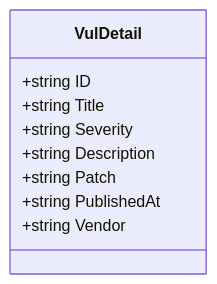
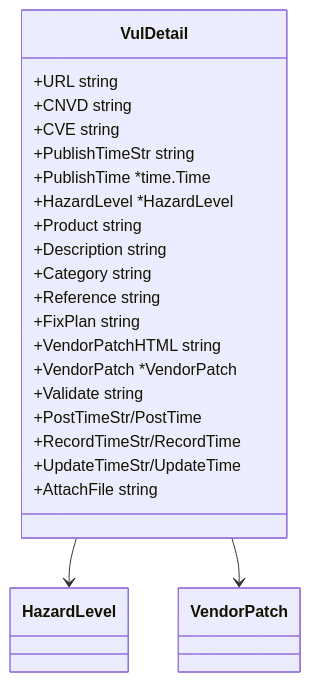
Before and after one commit to scagogogo/cnvd-skills: the diagram in website/docs/api-cnvd-skills/vul-detail.md, drawn with Mermaid. The commit also changed other lines of this file and 59 other files, not shown here.

Commit message:
docs(website): add 60 cnvd_skills API reference pages (types/methods/examples)

````diff
--- a/website/docs/api-cnvd-skills/vul-detail.md
+++ b/website/docs/api-cnvd-skills/vul-detail.md
@@ -13,12 +88,27 @@
 ```mermaid
 classDiagram
     class VulDetail {
-        +string ID
-        +string Title
-        +string Severity
-        +string Description
-        +string Patch
-        +string PublishedAt
-        +string Vendor
+        +URL string
+        +CNVD string
+        +CVE string
+        +PublishTimeStr string
+        +PublishTime *time.Time
+        +HazardLevel *HazardLevel
+        +Product string
+        +Description string
+        +Category string
+        +Reference string
+        +FixPlan string
+        +VendorPatchHTML string
+        +VendorPatch *VendorPatch
+        +Validate string
+        +PostTimeStr/PostTime
+        +RecordTimeStr/RecordTime
+        +UpdateTimeStr/UpdateTime
+        +AttachFile string
     }
+    class HazardLevel
+    class VendorPatch
+    VulDetail --> HazardLevel
+    VulDetail --> VendorPatch
 ```
````
